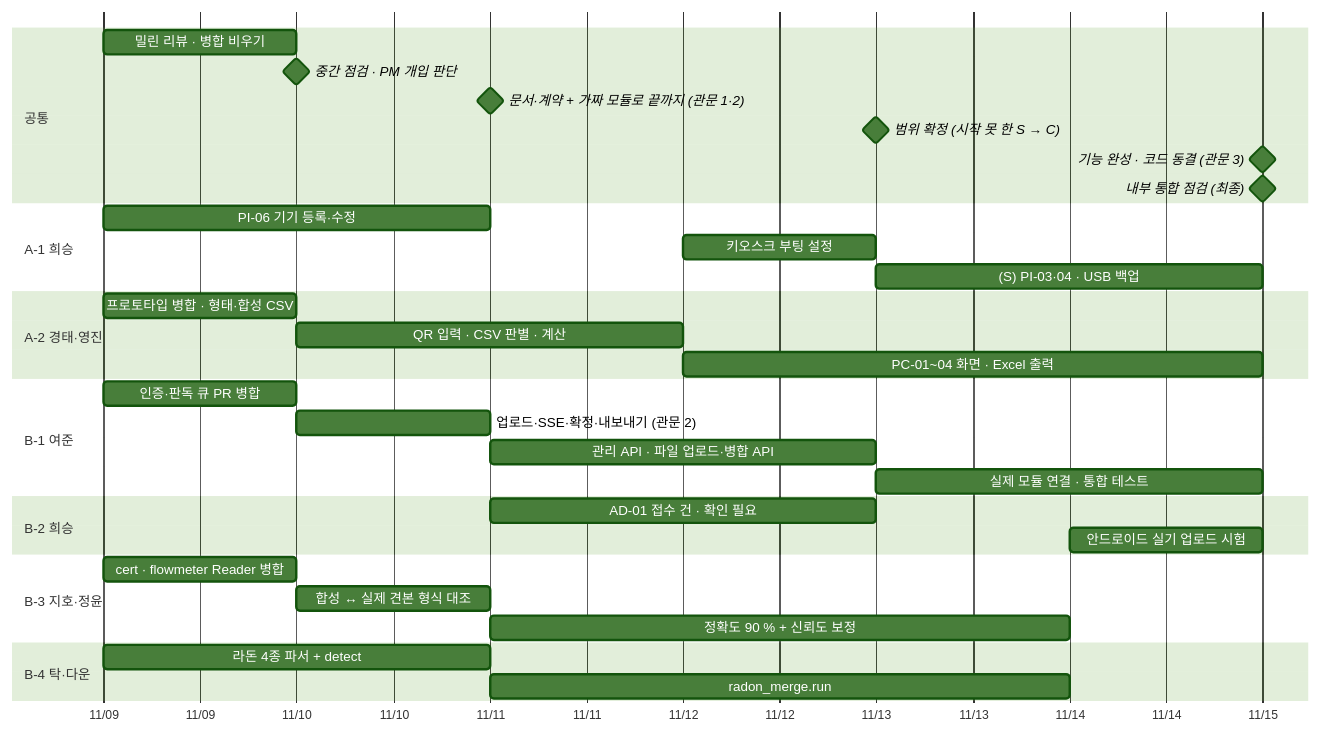
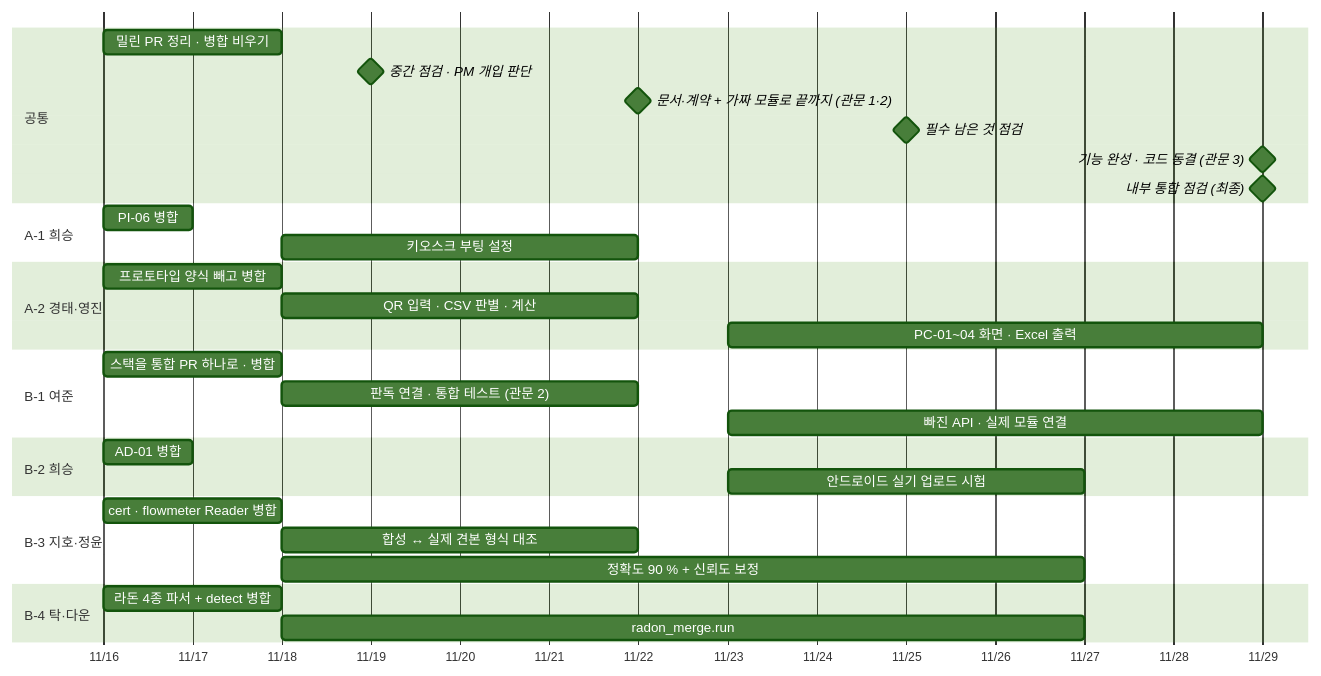
One commit to YC-Dr-link/ktl-hub changed the diagram in docs/06-일정.md. Above: the diagram before and after it, drawn with Mermaid (forest theme). The commit also changed other lines of this file and 1 other file, not shown here.

````diff
--- a/docs/06-일정.md
+++ b/docs/06-일정.md
@@ -14,35 +28,33 @@
 ```mermaid
 gantt
   dateFormat YYYY-MM-DD
   axisFormat %m/%d
   section 공통
-  밀린 리뷰 · 병합 비우기           :c1, 2026-11-09, 2026-11-10
-  중간 점검 · PM 개입 판단          :milestone, mid, 2026-11-10, 0d
-  문서·계약 + 가짜 모듈로 끝까지 (관문 1·2) :milestone, g2, 2026-11-11, 0d
-  범위 확정 (시작 못 한 S → C)      :milestone, cut, 2026-11-13, 0d
-  기능 완성 · 코드 동결 (관문 3)    :milestone, g3, 2026-11-15, 0d
-  내부 통합 점검 (최종)             :milestone, g4, 2026-11-15, 0d
+  밀린 PR 정리 · 병합 비우기        :c1, 2026-11-16, 2026-11-18
+  중간 점검 · PM 개입 판단          :milestone, mid, 2026-11-19, 0d
+  문서·계약 + 가짜 모듈로 끝까지 (관문 1·2) :milestone, g2, 2026-11-22, 0d
+  필수 남은 것 점검                 :milestone, mid2, 2026-11-25, 0d
+  기능 완성 · 코드 동결 (관문 3)    :milestone, g3, 2026-11-29, 0d
+  내부 통합 점검 (최종)             :milestone, g4, 2026-11-29, 0d
   section A-1 희승
-  PI-06 기기 등록·수정             :a1, 2026-11-09, 2026-11-11
-  키오스크 부팅 설정               :a1b, 2026-11-12, 2026-11-13
-  (S) PI-03·04 · USB 백업          :a1c, 2026-11-13, 2026-11-15
+  PI-06 병합                        :a1, 2026-11-16, 2026-11-17
+  키오스크 부팅 설정                :a1b, 2026-11-18, 2026-11-22
   section A-2 경태·영진
-  프로토타입 병합 · 형태·합성 CSV   :a2, 2026-11-09, 2026-11-10
-  QR 입력 · CSV 판별 · 계산         :a2b, 2026-11-10, 2026-11-12
-  PC-01~04 화면 · Excel 출력        :a2c, 2026-11-12, 2026-11-15
+  프로토타입 양식 빼고 병합         :a2, 2026-11-16, 2026-11-18
+  QR 입력 · CSV 판별 · 계산         :a2b, 2026-11-18, 2026-11-22
+  PC-01~04 화면 · Excel 출력        :a2c, 2026-11-23, 2026-11-29
   section B-1 여준
-  인증·판독 큐 PR 병합              :b1, 2026-11-09, 2026-11-10
-  업로드·SSE·확정·내보내기 (관문 2) :b1b, 2026-11-10, 2026-11-11
-  관리 API · 파일 업로드·병합 API   :b1c, 2026-11-11, 2026-11-13
-  실제 모듈 연결 · 통합 테스트      :b1d, 2026-11-13, 2026-11-15
+  스택을 통합 PR 하나로 · 병합      :b1, 2026-11-16, 2026-11-18
+  판독 연결 · 통합 테스트 (관문 2)  :b1b, 2026-11-18, 2026-11-22
+  빠진 API · 실제 모듈 연결         :b1c, 2026-11-23, 2026-11-29
   section B-2 희승
-  AD-01 접수 건 · 확인 필요         :b2, 2026-11-11, 2026-11-13
-  안드로이드 실기 업로드 시험       :b2b, 2026-11-14, 2026-11-15
+  AD-01 병합                        :b2, 2026-11-16, 2026-11-17
+  안드로이드 실기 업로드 시험       :b2b, 2026-11-23, 2026-11-27
   section B-3 지호·정윤
-  cert · flowmeter Reader 병합      :b3, 2026-11-09, 2026-11-10
-  합성 ↔ 실제 견본 형식 대조        :b3b, 2026-11-10, 2026-11-11
-  정확도 90 % + 신뢰도 보정         :b3c, 2026-11-11, 2026-11-14
+  cert · flowmeter Reader 병합      :b3, 2026-11-16, 2026-11-18
+  합성 ↔ 실제 견본 형식 대조        :b3b, 2026-11-18, 2026-11-22
+  정확도 90 % + 신뢰도 보정         :b3c, 2026-11-18, 2026-11-27
   section B-4 탁·다운
-  라돈 4종 파서 + detect            :b4, 2026-11-09, 2026-11-11
-  radon_merge.run                   :b4b, 2026-11-11, 2026-11-14
+  라돈 4종 파서 + detect 병합       :b4, 2026-11-16, 2026-11-18
+  radon_merge.run                   :b4b, 2026-11-18, 2026-11-27
 ```
````
